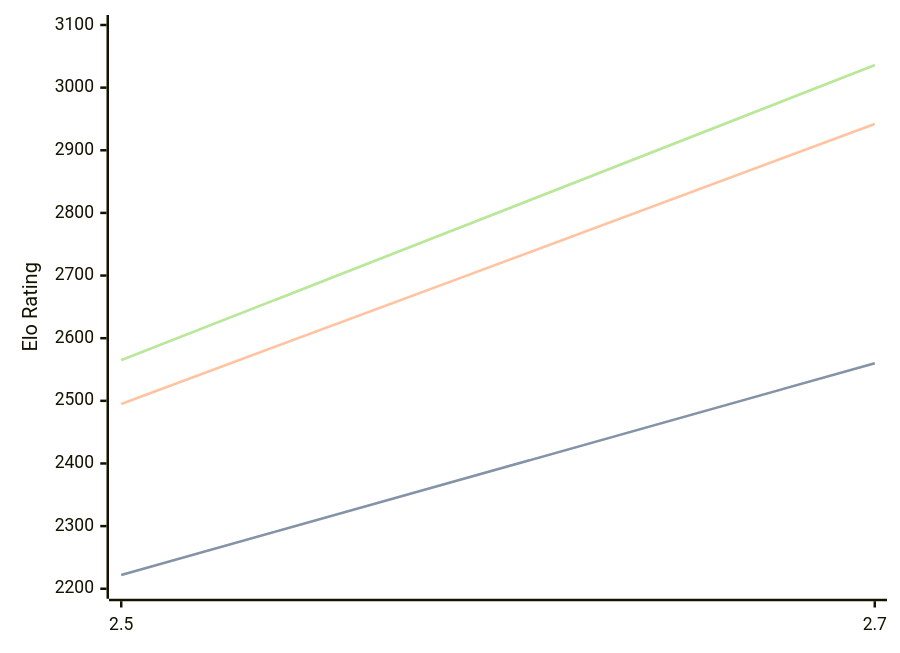
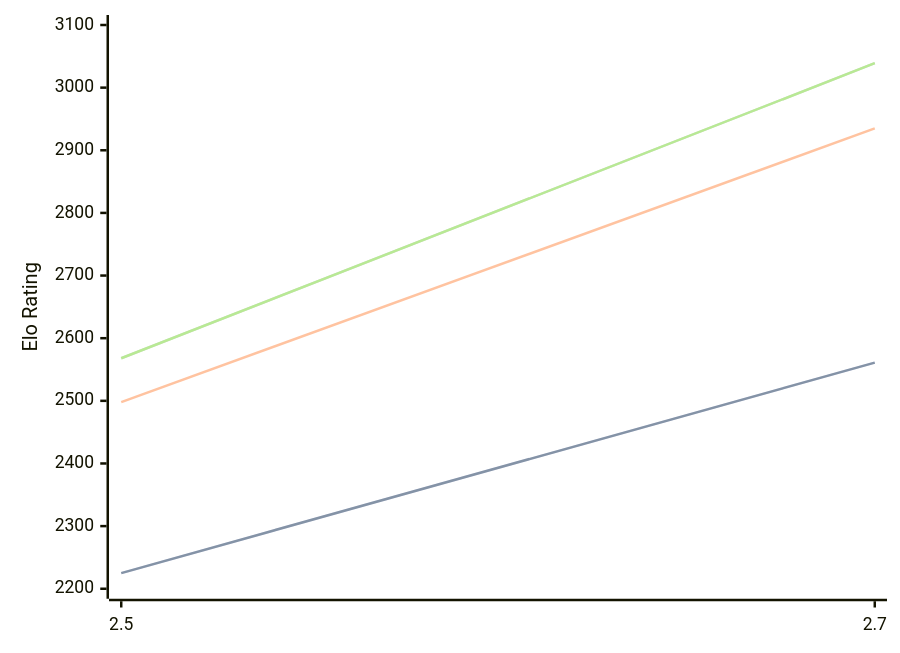
One commit to computer-chess-index/cci changed the diagram in engines/Zevra.md. Above: the diagram before and after it, drawn with Mermaid. The commit also changed other lines of this file, not shown here.

Commit message:
Update CCI Ratings (ELO VLTC) - 2026-09-24

````diff
--- a/engines/Zevra.md
+++ b/engines/Zevra.md
@@ -32,11 +32,11 @@
 ```mermaid
 %%{init: {"theme":"base","themeVariables":{"seriesColors:['#a3a3a3','#222221','#faa371']}}}%%
 xychart-beta
   x-axis ["2.5", "2.7"]
   y-axis "Elo Rating" 2200 --> 3100
-  line "" [2222, 2560]
-  line "STC (8.0+0.08s)" [2222, 2560]
-  line "LTC (60.0+0.60s)" [2495, 2942]
-  line "" [2565, 3036]
-  line "VLTC (2m24s+1.12s)" [2565, 3036]
+  line "" [2225, 2561]
+  line "STC (8.0+0.08s)" [2225, 2561]
+  line "LTC (60.0+0.60s)" [2498, 2935]
+  line "" [2568, 3039]
+  line "VLTC (2m24s+1.12s)" [2568, 3039]
 ```
````
